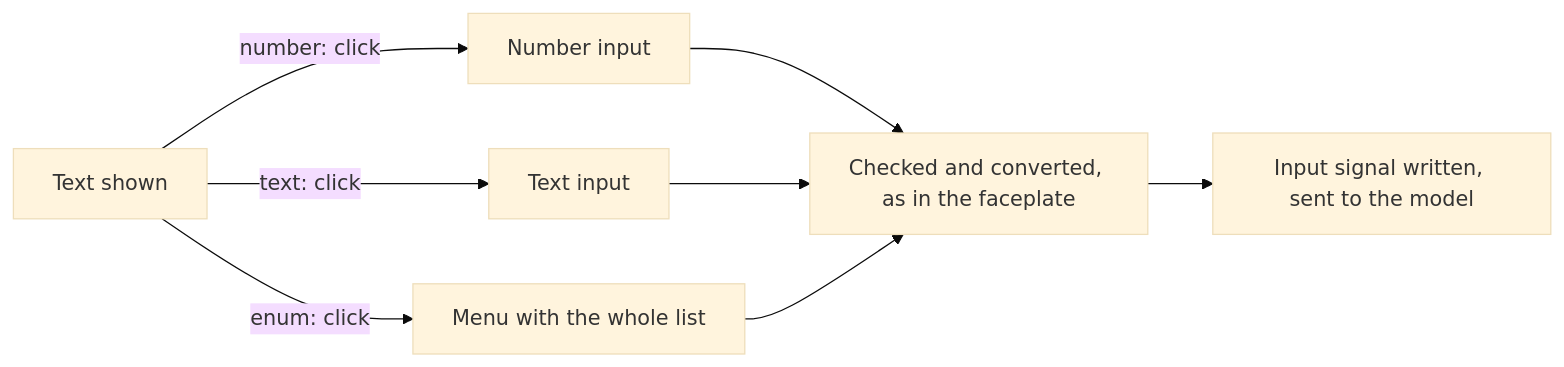
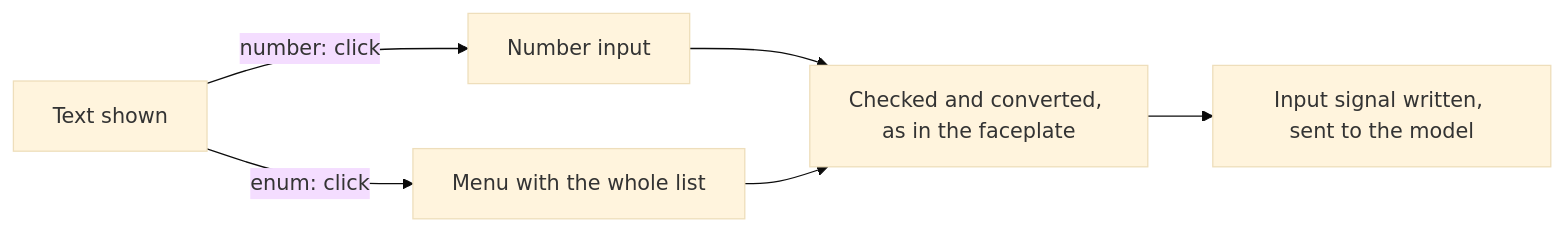
Before and after one commit to AlexandreGallais/synoptic-studio-spec: the third of 4 diagrams in symbols/08-animation-mode/README.md, drawn with Mermaid (base theme). The commit also changed other lines of this file and 10 other files, not shown here.

````diff
--- a/symbols/08-animation-mode/README.md
+++ b/symbols/08-animation-mode/README.md
@@ -65,10 +65,8 @@
 ```mermaid
 flowchart LR
     T["Text shown"] -->|"number: click"| N["Number input"]
-    T -->|"text: click"| X["Text input"]
     T -->|"enum: click"| M["Menu with the whole list"]
     N --> K["Checked and converted, as in the faceplate"]
-    X --> K
     M --> K
     K --> S["Input signal written, sent to the model"]
 ```
````
